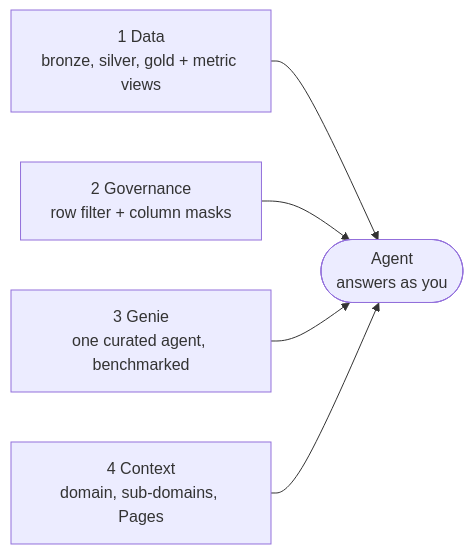
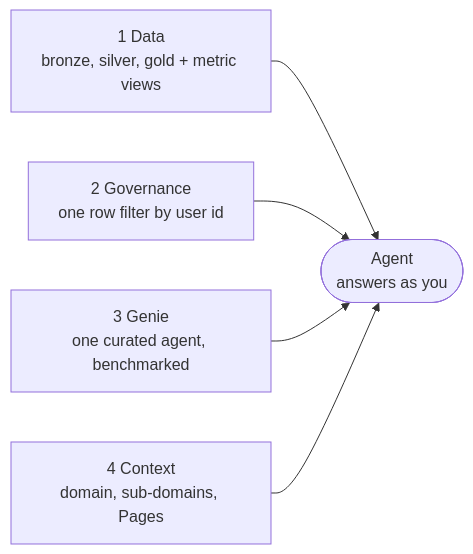
One commit to dediggibyte/genie_bootcamp_diggibyte changed the diagram in README.md. Above: the diagram before and after it, drawn with Mermaid. The commit also changed other lines of this file and 30 other files, not shown here.

First line of the commit message:
Simplify governance to one row filter driven by the user id

````diff
--- a/README.md
+++ b/README.md
@@ -23,12 +23,12 @@
 ```mermaid
 flowchart LR
     D["1 Data<br/>bronze, silver, gold + metric views"]
-    G["2 Governance<br/>row filter + column masks"]
+    G["2 Governance<br/>one row filter by user id"]
     GE["3 Genie<br/>one curated agent, benchmarked"]
     C["4 Context<br/>domain, sub-domains, Pages"]
     A(["Agent<br/>answers as you"])
     D --> A
     G --> A
     GE --> A
     C --> A
 ```
````
